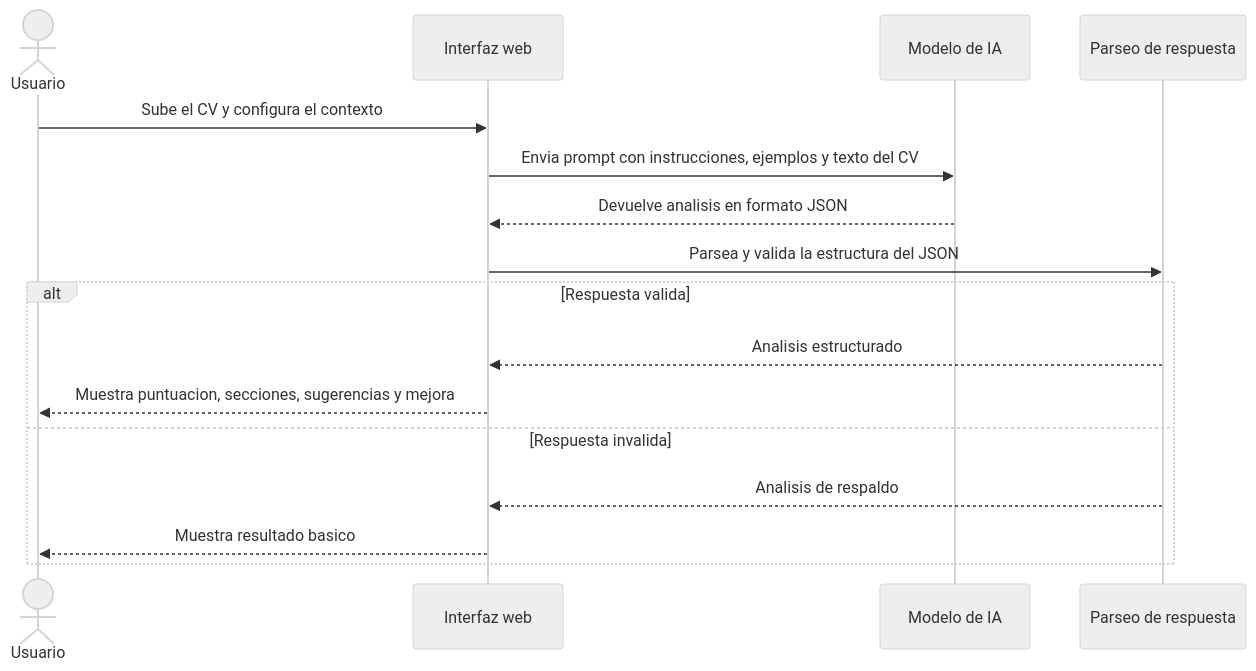
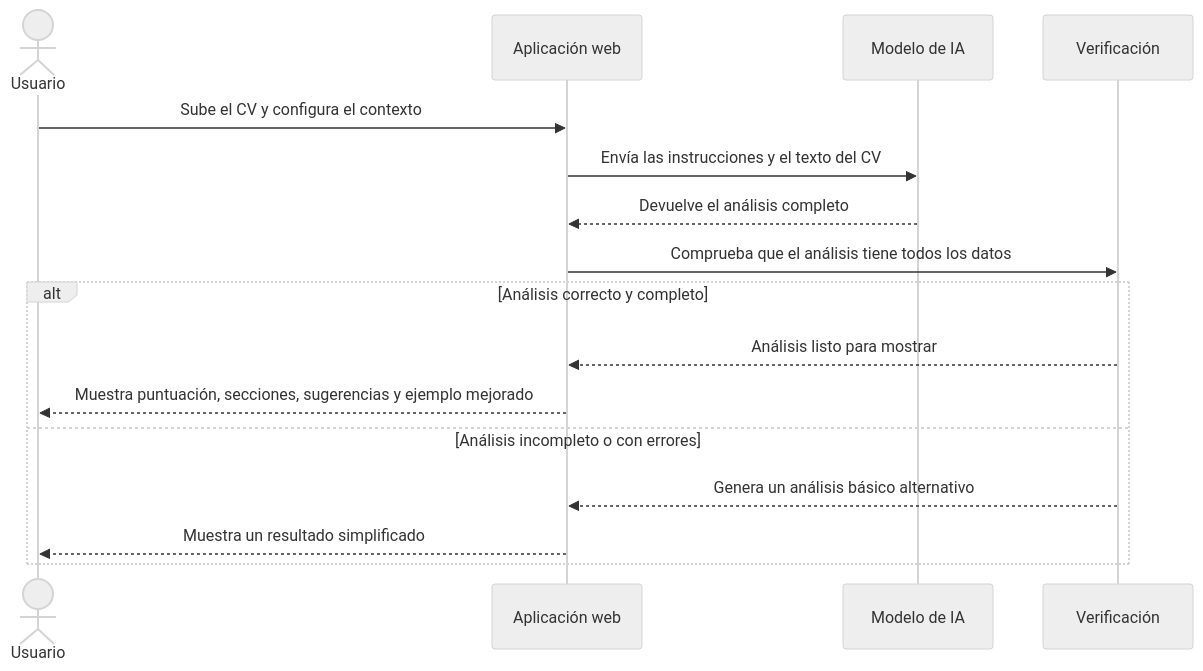
One commit to jamarcas1984/cv-assistant-ai changed the second of 2 diagrams in README.md. Above: the diagram before and after it, drawn with Mermaid. The commit also changed other lines of this file and 1 other file, not shown here.

````diff
--- a/README.md
+++ b/README.md
@@ -112,24 +112,24 @@
 ```mermaid
 ---
 config:
   look: handDrawn
   theme: neutral
 ---
 sequenceDiagram
     actor U as Usuario
-    participant UI as Interfaz web
+    participant UI as Aplicación web
     participant IA as Modelo de IA
-    participant Parser as Parseo de respuesta
+    participant V as Verificación
 
     U->>UI: Sube el CV y configura el contexto
-    UI->>IA: Envia prompt con instrucciones, ejemplos y texto del CV
-    IA-->>UI: Devuelve analisis en formato JSON
-    UI->>Parser: Parsea y valida la estructura del JSON
-    alt Respuesta valida
-        Parser-->>UI: Analisis estructurado
-        UI-->>U: Muestra puntuacion, secciones, sugerencias y mejora
-    else Respuesta invalida
-        Parser-->>UI: Analisis de respaldo
-        UI-->>U: Muestra resultado basico
+    UI->>IA: Envía las instrucciones y el texto del CV
+    IA-->>UI: Devuelve el análisis completo
+    UI->>V: Comprueba que el análisis tiene todos los datos
+    alt Análisis correcto y completo
+        V-->>UI: Análisis listo para mostrar
+        UI-->>U: Muestra puntuación, secciones, sugerencias y ejemplo mejorado
+    else Análisis incompleto o con errores
+        V-->>UI: Genera un análisis básico alternativo
+        UI-->>U: Muestra un resultado simplificado
     end
 ```
````
